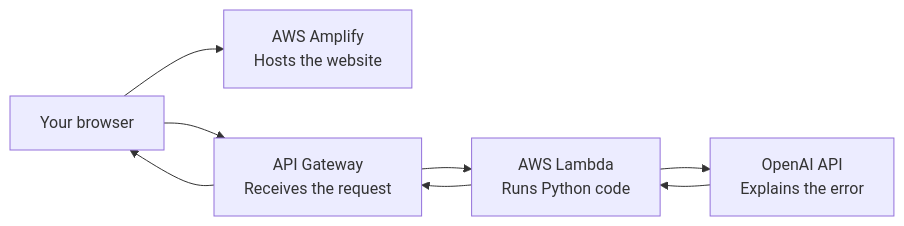
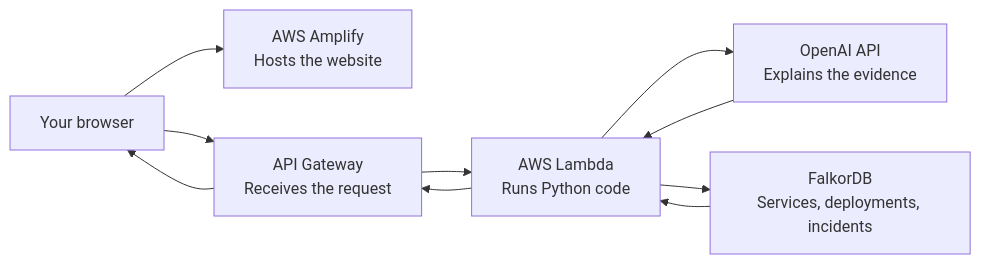
One commit to Ubayed-Bin-Sufian/ShipShape changed the first of 3 diagrams in architecture.md. Above: the diagram before and after it, drawn with Mermaid. The commit also changed other lines of this file and 16 other files, not shown here.

Commit message:
Add FalkorDB graph investigation experience

````diff
--- a/architecture.md
+++ b/architecture.md
@@ -9,16 +9,19 @@
 ```mermaid
 flowchart LR
     User[Your browser]
     Website[AWS Amplify\nHosts the website]
     API[API Gateway\nReceives the request]
     Lambda[AWS Lambda\nRuns Python code]
-    OpenAI[OpenAI API\nExplains the error]
+    OpenAI[OpenAI API\nExplains the evidence]
+    Graph[FalkorDB\nServices, deployments, incidents]
 
     User --> Website
     User --> API
     API --> Lambda
     Lambda --> OpenAI
+    Lambda --> Graph
+    Graph --> Lambda
     OpenAI --> Lambda
     Lambda --> API
     API --> User
 ```
````
